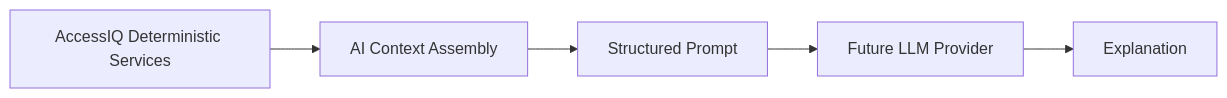
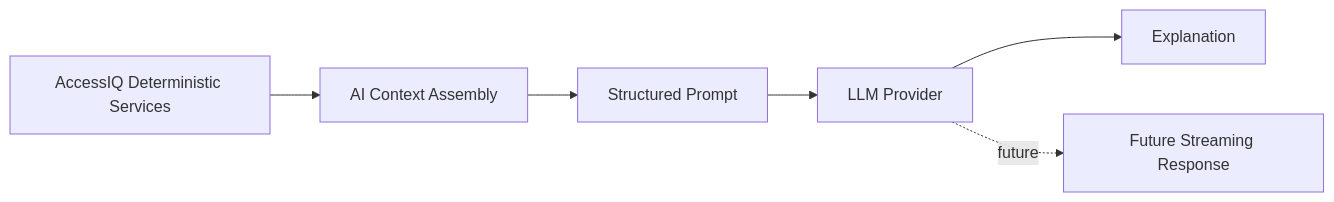
Before and after one commit to happelj/accessiq: the third of 3 diagrams in docs/ai.md, drawn with Mermaid. The commit also changed other lines of this file and 16 other files, not shown here.

````diff
--- a/docs/ai.md
+++ b/docs/ai.md
@@ -175,13 +267,15 @@
 ```mermaid
 flowchart LR
     AccessIQ["AccessIQ Deterministic Services"]
     Context["AI Context Assembly"]
     Prompt["Structured Prompt"]
-    Provider["Future LLM Provider"]
+    Provider["LLM Provider"]
+    Stream["Future Streaming Response"]
     Response["Explanation"]
 
     AccessIQ --> Context
     Context --> Prompt
     Prompt --> Provider
     Provider --> Response
+    Provider -. "future" .-> Stream
 ```
````
